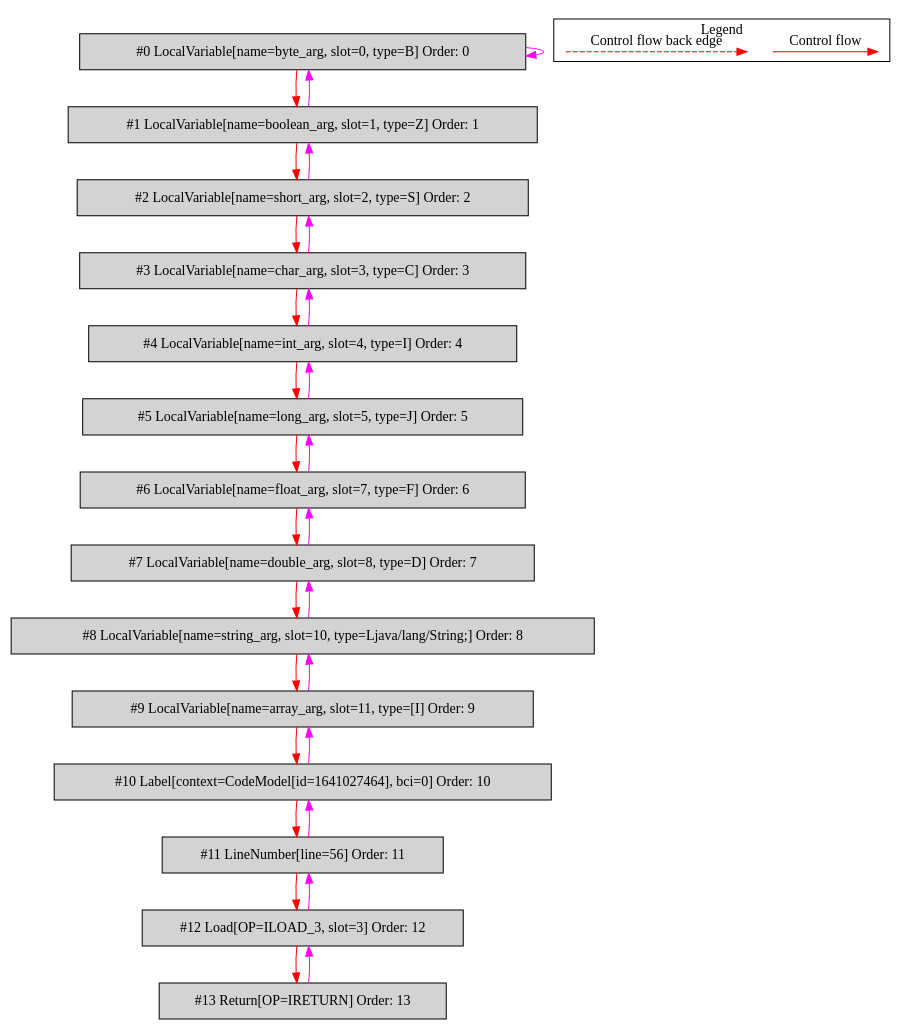
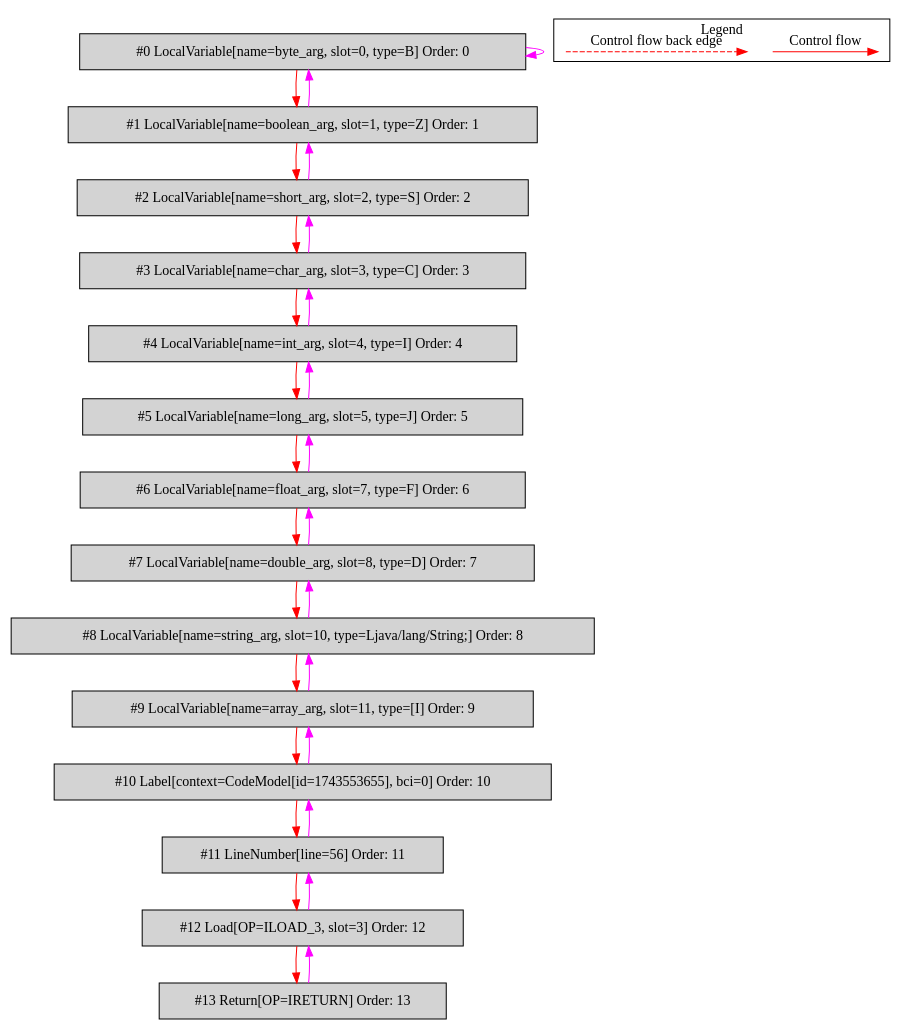
Before and after one commit to mirkosertic/MetaIR: the diagram in de.mirkosertic.metair.ir.examples.MethodInvokeTest/simple_method_return_char/bytecodecfg.dot, drawn with Graphviz. The commit also changed 612 other files, not shown here.

```diff
--- a/de.mirkosertic.metair.ir.examples.MethodInvokeTest/simple_method_return_char/bytecodecfg.dot
+++ b/de.mirkosertic.metair.ir.examples.MethodInvokeTest/simple_method_return_char/bytecodecfg.dot
@@ -1,58 +1,58 @@
 digraph {
  ordering="in";
  node0[label="#0 LocalVariable[name=byte_arg, slot=0, type=B] Order: 0", shape=box, fillcolor=lightgrey, style=filled];
  node1[label="#1 LocalVariable[name=boolean_arg, slot=1, type=Z] Order: 1", shape=box, fillcolor=lightgrey, style=filled];
  node2[label="#2 LocalVariable[name=short_arg, slot=2, type=S] Order: 2", shape=box, fillcolor=lightgrey, style=filled];
  node3[label="#3 LocalVariable[name=char_arg, slot=3, type=C] Order: 3", shape=box, fillcolor=lightgrey, style=filled];
  node4[label="#4 LocalVariable[name=int_arg, slot=4, type=I] Order: 4", shape=box, fillcolor=lightgrey, style=filled];
  node5[label="#5 LocalVariable[name=long_arg, slot=5, type=J] Order: 5", shape=box, fillcolor=lightgrey, style=filled];
  node6[label="#6 LocalVariable[name=float_arg, slot=7, type=F] Order: 6", shape=box, fillcolor=lightgrey, style=filled];
  node7[label="#7 LocalVariable[name=double_arg, slot=8, type=D] Order: 7", shape=box, fillcolor=lightgrey, style=filled];
  node8[label="#8 LocalVariable[name=string_arg, slot=10, type=Ljava/lang/String;] Order: 8", shape=box, fillcolor=lightgrey, style=filled];
  node9[label="#9 LocalVariable[name=array_arg, slot=11, type=[I] Order: 9", shape=box, fillcolor=lightgrey, style=filled];
- node10[label="#10 Label[context=CodeModel[id=1641027464], bci=0] Order: 10", shape=box, fillcolor=lightgrey, style=filled];
+ node10[label="#10 Label[context=CodeModel[id=1743553655], bci=0] Order: 10", shape=box, fillcolor=lightgrey, style=filled];
  node11[label="#11 LineNumber[line=56] Order: 11", shape=box, fillcolor=lightgrey, style=filled];
  node12[label="#12 Load[OP=ILOAD_3, slot=3] Order: 12", shape=box, fillcolor=lightgrey, style=filled];
  node13[label="#13 Return[OP=IRETURN] Order: 13", shape=box, fillcolor=lightgrey, style=filled];
  node0 -> node0[color=fuchsia];
  node0 -> node1[color=red];
  node1 -> node0[color=fuchsia];
  node1 -> node2[color=red];
  node2 -> node1[color=fuchsia];
  node2 -> node3[color=red];
  node3 -> node2[color=fuchsia];
  node3 -> node4[color=red];
  node4 -> node3[color=fuchsia];
  node4 -> node5[color=red];
  node5 -> node4[color=fuchsia];
  node5 -> node6[color=red];
  node6 -> node5[color=fuchsia];
  node6 -> node7[color=red];
  node7 -> node6[color=fuchsia];
  node7 -> node8[color=red];
  node8 -> node7[color=fuchsia];
  node8 -> node9[color=red];
  node9 -> node8[color=fuchsia];
  node9 -> node10[color=red];
  node10 -> node9[color=fuchsia];
  node10 -> node11[color=red];
  node11 -> node10[color=fuchsia];
  node11 -> node12[color=red];
  node12 -> node11[color=fuchsia];
  node12 -> node13[color=red];
  node13 -> node12[color=fuchsia];
  subgraph cluster_000 {
   label = "Legend";
   node [shape=point]
   {
    rank=same;
    c0 [style = invis];
    c1 [style = invis];
    c2 [style = invis];
    c3 [style = invis];
   }
   c0 -> c1 [label="Control flow", style=solid, color=red]
   c2 -> c3 [label="Control flow back edge", style=dashed, color=red]
  }
 
 }
```
